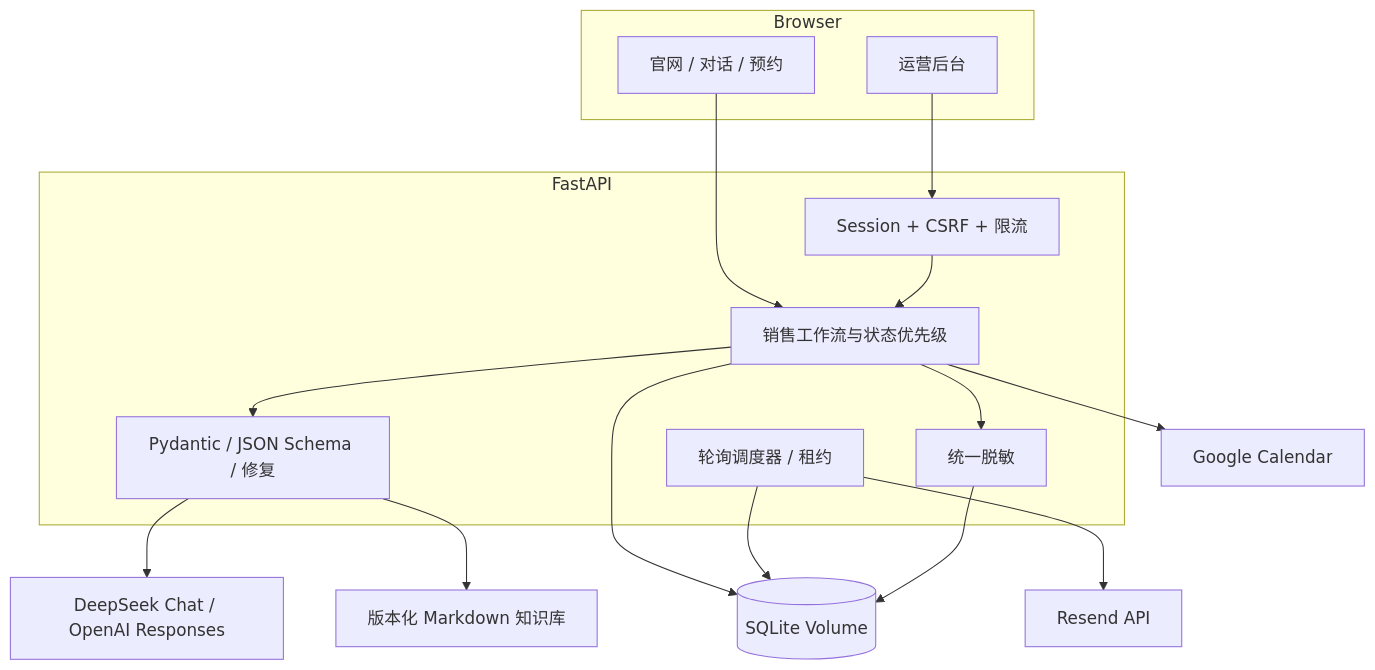
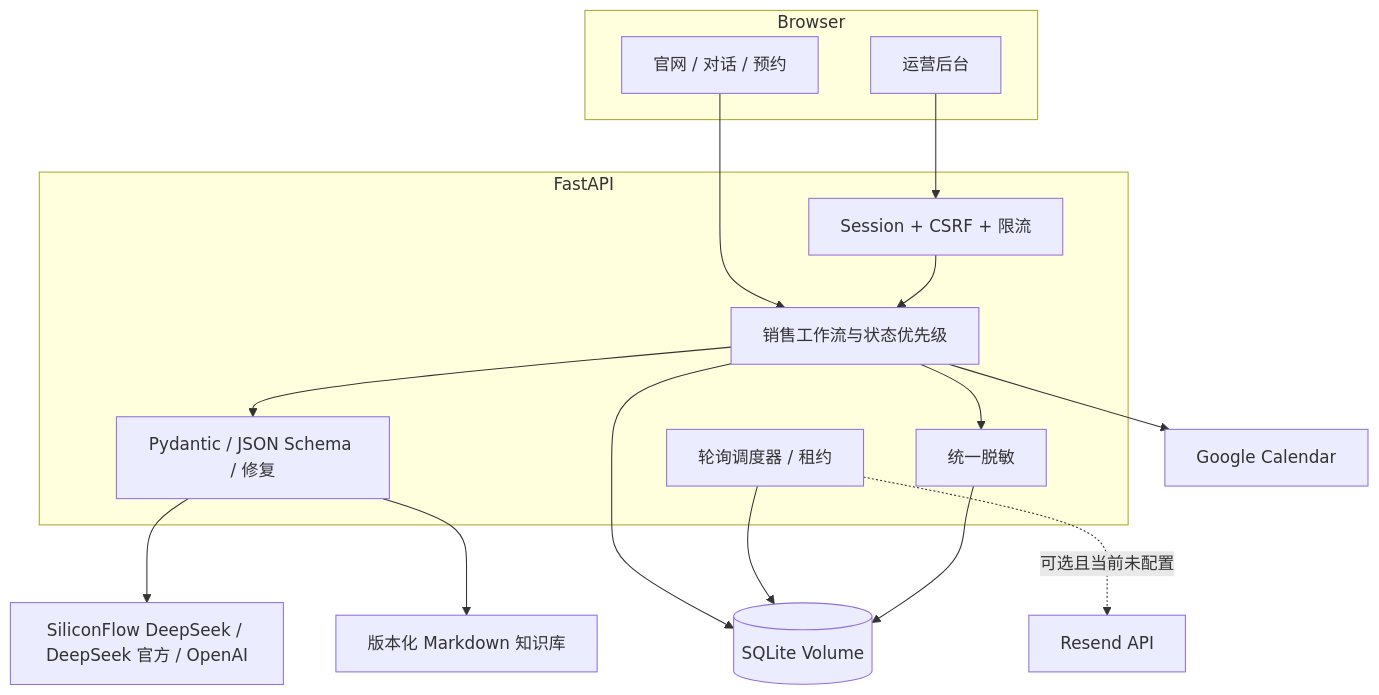
One commit to wuyuhang0519-cyber/julu-ai-sales-assistant changed the first of 5 diagrams in docs/architecture.md. Above: the diagram before and after it, drawn with Mermaid. The commit also changed other lines of this file and 8 other files, not shown here.

````diff
--- a/docs/architecture.md
+++ b/docs/architecture.md
@@ -5,23 +5,23 @@
 ```mermaid
 flowchart TB
   subgraph Browser
     Public[官网 / 对话 / 预约]
     Admin[运营后台]
   end
   subgraph FastAPI
     Auth[Session + CSRF + 限流]
     Workflow[销售工作流与状态优先级]
     Validate[Pydantic / JSON Schema / 修复]
     Scheduler[轮询调度器 / 租约]
     Redactor[统一脱敏]
   end
   Public --> Workflow
   Admin --> Auth --> Workflow
-  Workflow --> Validate --> AI[DeepSeek Chat / OpenAI Responses]
+  Workflow --> Validate --> AI[SiliconFlow DeepSeek / DeepSeek 官方 / OpenAI]
   Workflow --> Calendar[Google Calendar]
-  Scheduler --> Resend[Resend API]
+  Scheduler -. 可选且当前未配置 .-> Resend[Resend API]
   Workflow --> SQLite[(SQLite Volume)]
   Scheduler --> SQLite
   Workflow --> Redactor --> SQLite
   Validate --> KB[版本化 Markdown 知识库]
 ```
````
